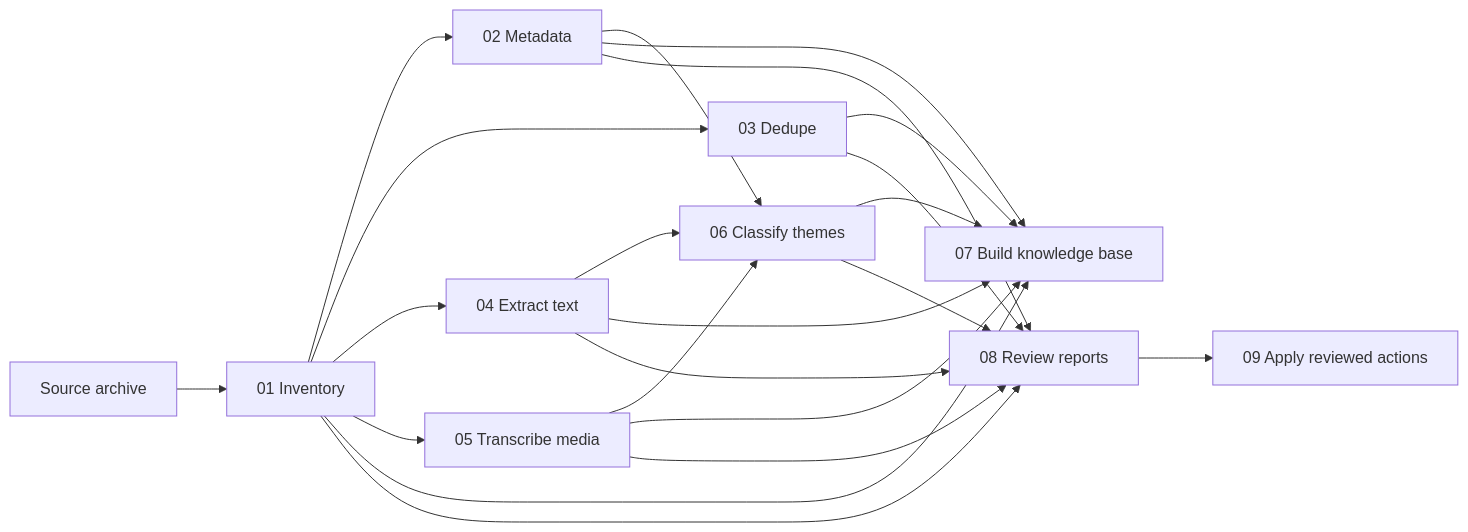
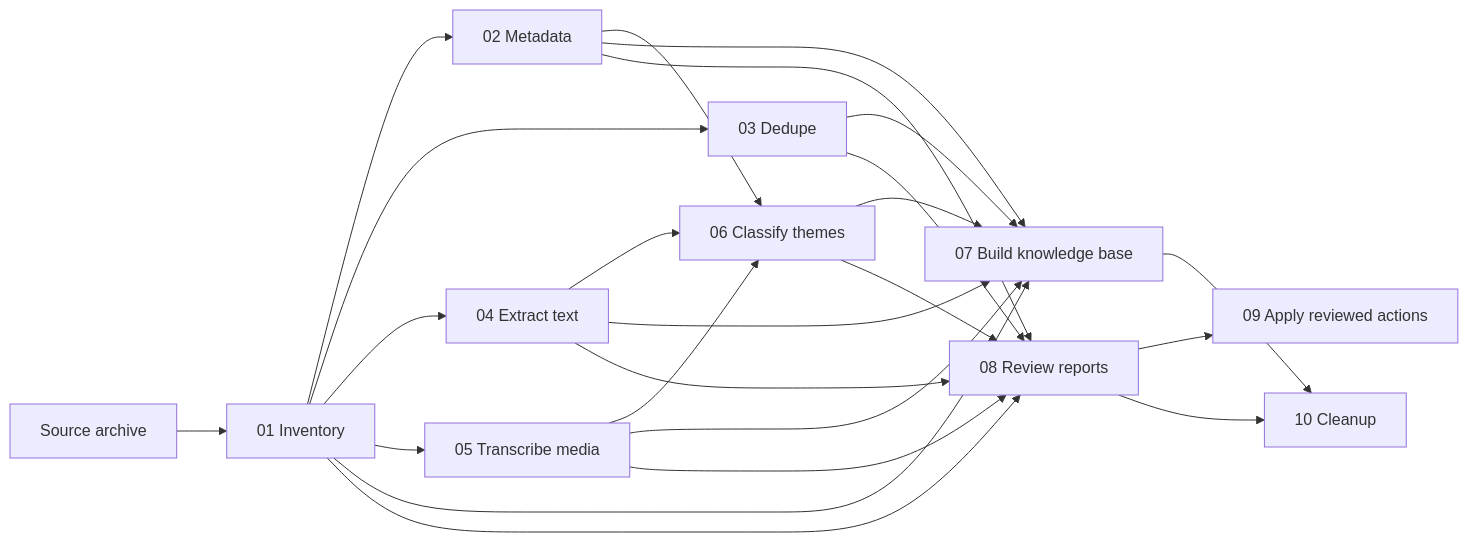
Before and after one commit to wolkat/comber: the diagram in docs/architecture.md, drawn with Mermaid. The commit also changed 3 other files, not shown here.

First line of the commit message:
docs: update architecture, tool decisions, api reference and troubleshooting

````diff
--- a/docs/architecture.md
+++ b/docs/architecture.md
@@ -5,24 +5,26 @@
 ```mermaid
 flowchart LR
   A["Source archive"] --> B["01 Inventory"]
   B --> C["02 Metadata"]
   B --> D["03 Dedupe"]
   B --> E["04 Extract text"]
   B --> F["05 Transcribe media"]
   C --> G["06 Classify themes"]
   E --> G
   F --> G
   B --> H["07 Build knowledge base"]
   C --> H
   D --> H
   E --> H
   F --> H
   G --> H
   B --> I["08 Review reports"]
   C --> I
   D --> I
   E --> I
   F --> I
   G --> I
   I --> J["09 Apply reviewed actions"]
+  H --> K["10 Cleanup"]
+  I --> K
 ```
````
